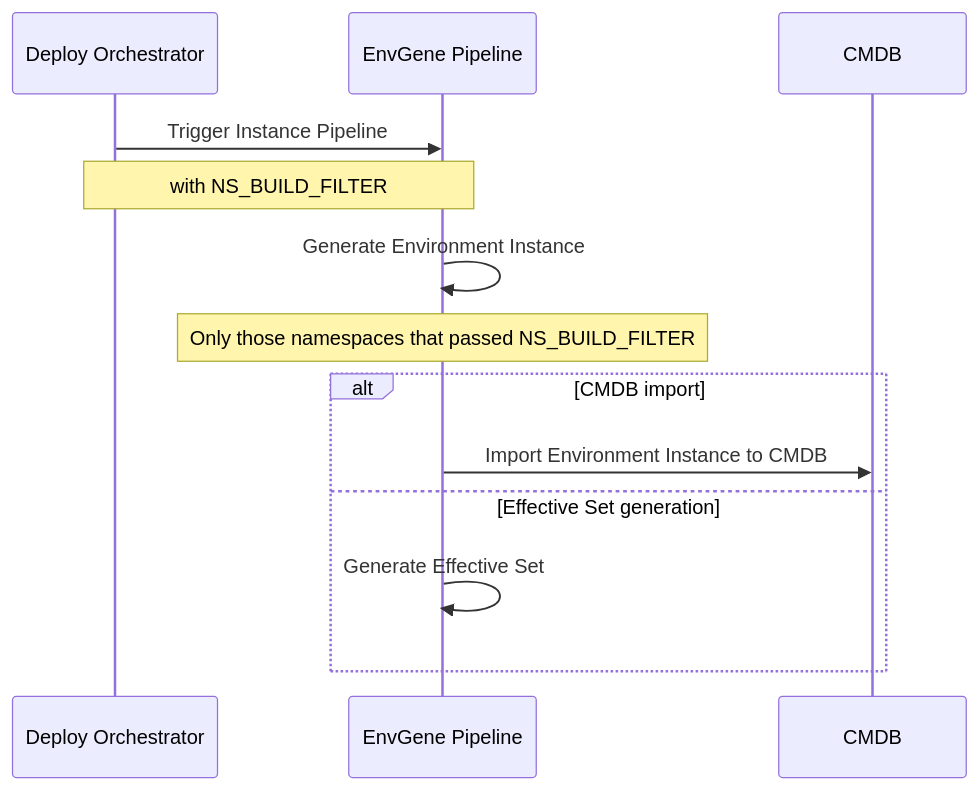
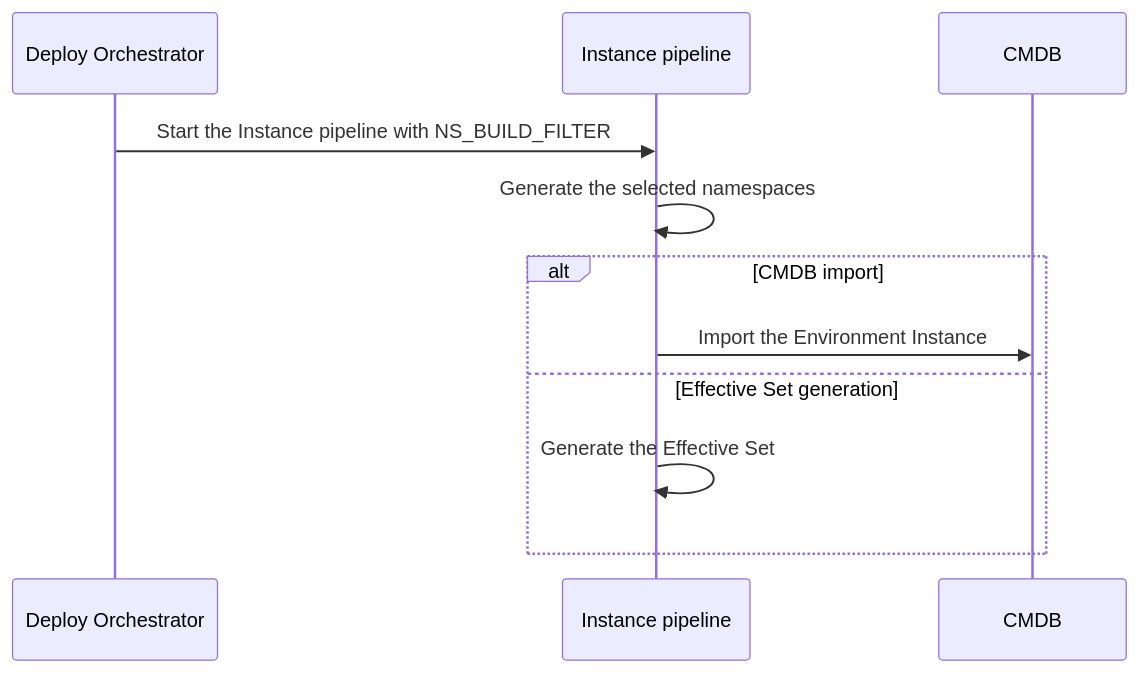
Before and after one commit to Netcracker/qubership-envgene: the second of 3 diagrams in docs/features/blue-green-deployment.md, drawn with Mermaid. The commit also changed other lines of this file and 7 other files, not shown here.

````diff
--- a/docs/features/blue-green-deployment.md
+++ b/docs/features/blue-green-deployment.md
@@ -77,17 +126,15 @@
 ```mermaid
 sequenceDiagram
     participant DP as Deploy Orchestrator
-    participant EGP as EnvGene Pipeline
+    participant EGP as Instance pipeline
     participant CMDB as CMDB
 
-    DP->>EGP: Trigger Instance Pipeline
-    Note over DP,EGP: with NS_BUILD_FILTER
-    EGP->>EGP: Generate Environment Instance
-    Note over EGP,EGP: Only those namespaces that passed NS_BUILD_FILTER
+    DP->>EGP: Start the Instance pipeline with NS_BUILD_FILTER
+    EGP->>EGP: Generate the selected namespaces
 
     alt CMDB import
-        EGP->>CMDB: Import Environment Instance to CMDB
+        EGP->>CMDB: Import the Environment Instance
     else Effective Set generation
-        EGP->>EGP: Generate Effective Set
+        EGP->>EGP: Generate the Effective Set
     end
 ```
````
